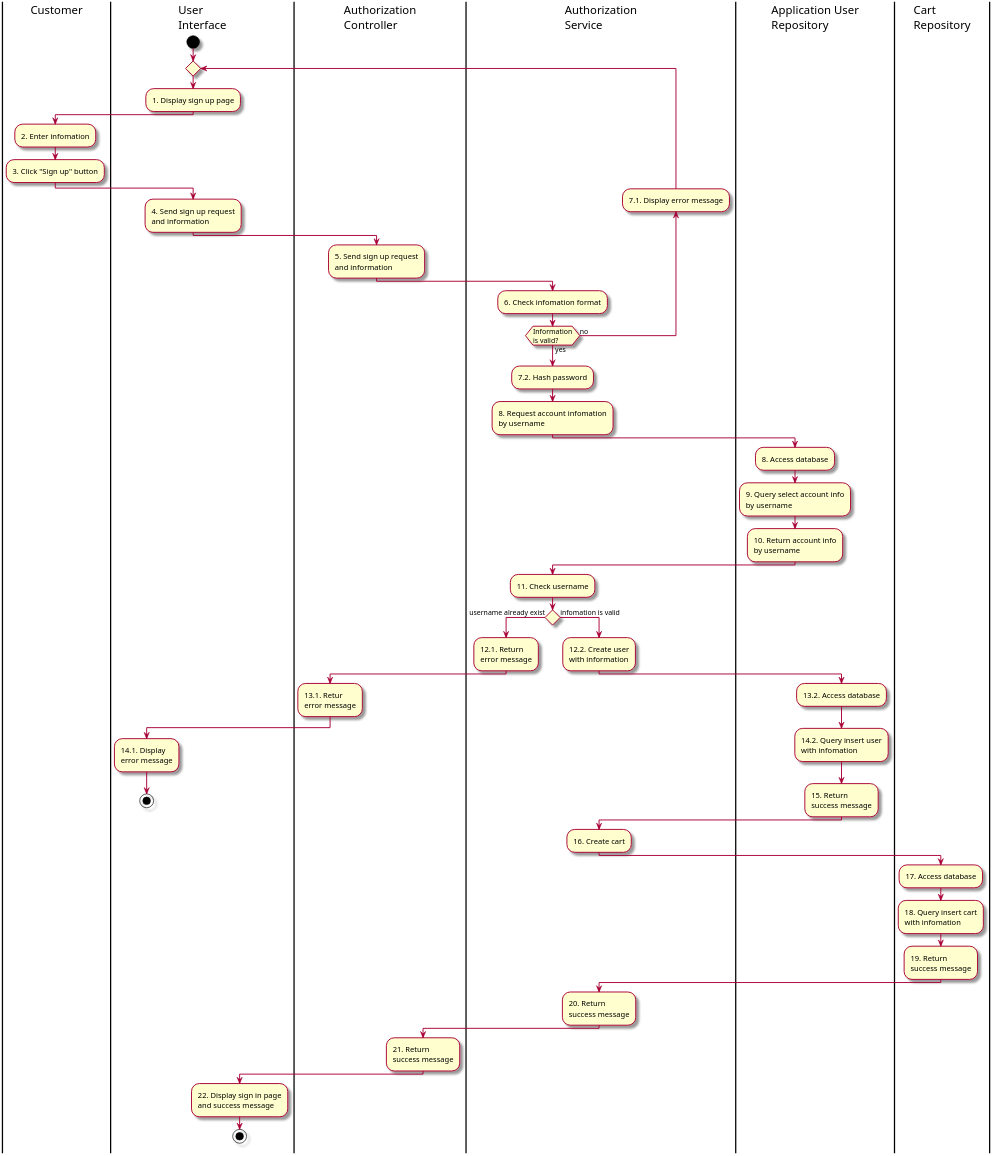
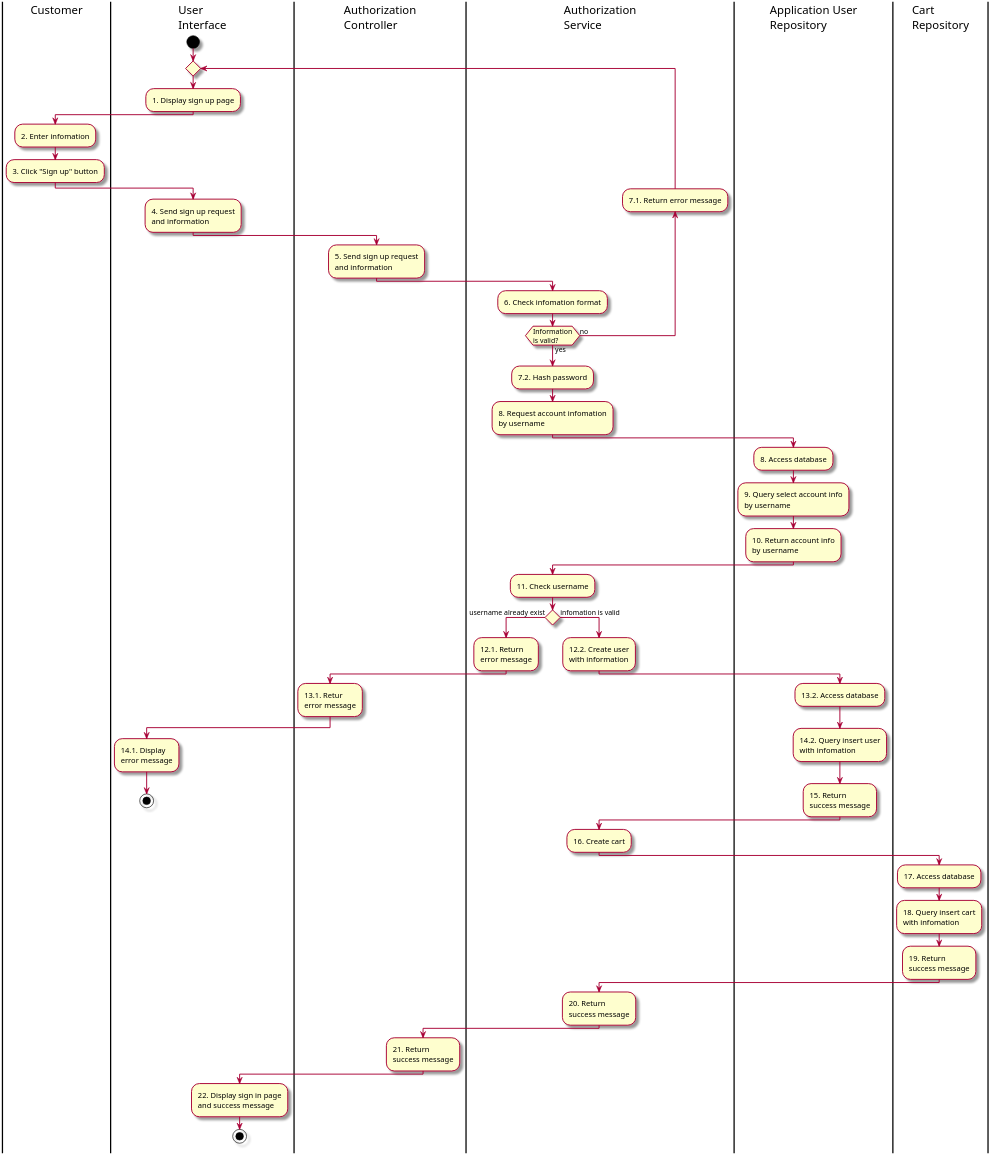
Before and after one commit to Marowota/ecommerce-plantuml: the diagram in Activity/9. ActSignUp.puml, drawn with PlantUML. The commit also changed 18 other files, not shown here.

```diff
--- a/Activity/9. ActSignUp.puml
+++ b/Activity/9. ActSignUp.puml
@@ -1,62 +1,62 @@
 @startuml ActSignUp
 
 skin rose
 scale 3
 
 |Customer|
 |User\nInterface|
 |Authorization\nController|
 |Authorization\nService|
 |Application User\nRepository|
 |Cart\nRepository|
 |User\nInterface|
 start
 repeat
 :1. Display sign up page;
 |Customer|
 :2. Enter infomation;
 :3. Click "Sign up" button;
 |User\nInterface|
 :4. Send sign up request\nand information;
 |Authorization\nController|
 :5. Send sign up request\nand information;
 |Authorization\nService|
 :6. Check infomation format;
-backward :7.1. Display error message;
+backward :7.1. Return error message;
 repeat while (Information\nis valid?) is(no) not(yes)
 :7.2. Hash password;
 :8. Request account infomation\nby username;
 |Application User\nRepository|
 :8. Access database;
 :9. Query select account info\nby username;
 :10. Return account info\nby username;
 |Authorization\nService|
 :11. Check username;
 if () then (username already exist)
     :12.1. Return\nerror message;
     |Authorization\nController|
     :13.1. Retur\nerror message;
     |User\nInterface|
     :14.1. Display\nerror message;
     stop
 else(infomation is valid)
     |Authorization\nService|
     :12.2. Create user\nwith information;
     |Application User\nRepository|
     :13.2. Access database;
     :14.2. Query insert user\nwith infomation;
     :15. Return\nsuccess message;
     |Authorization\nService|
     :16. Create cart;
     |Cart\nRepository|
     :17. Access database;
     :18. Query insert cart\nwith infomation;
     :19. Return\nsuccess message;
     |Authorization\nService|
     :20. Return\nsuccess message;
     |Authorization\nController|
     :21. Return\nsuccess message;
     |User\nInterface|
     :22. Display sign in page\nand success message;
     stop
 @enduml
```
